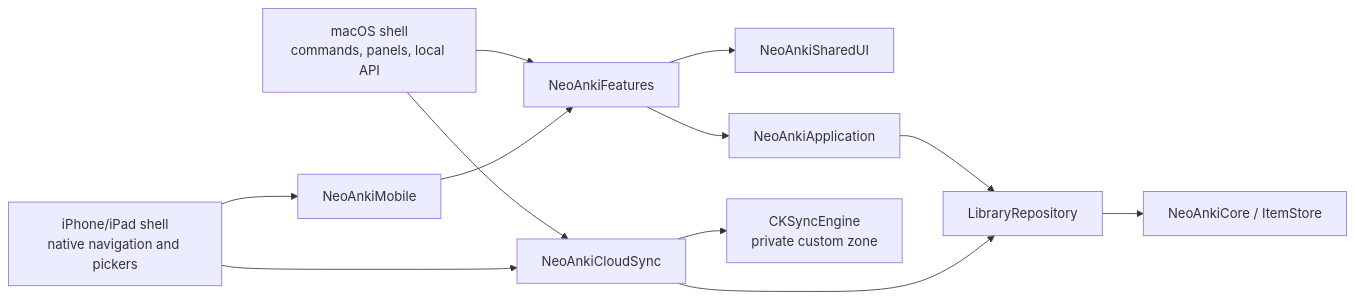
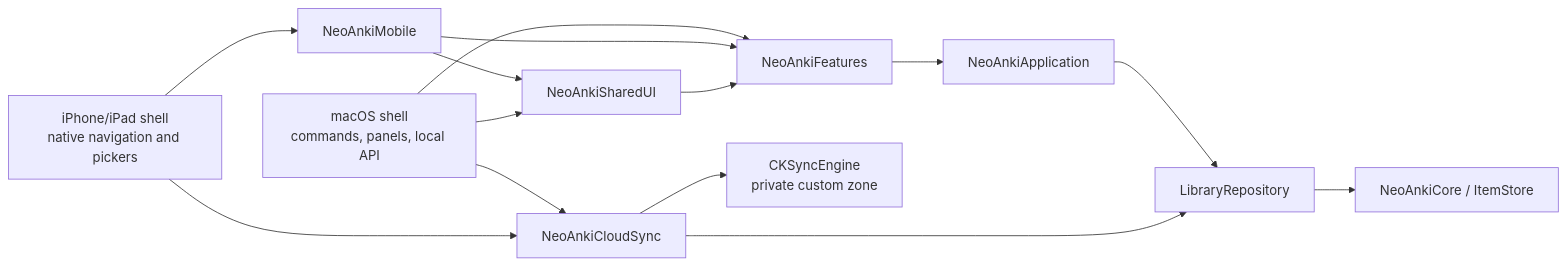
Before and after one commit to neoanki2/neoanki2: the first of 2 diagrams in docs/ARCHITECTURE.md, drawn with Mermaid. The commit also changed other lines of this file and 69 other files, not shown here.

````diff
--- a/docs/ARCHITECTURE.md
+++ b/docs/ARCHITECTURE.md
@@ -20,14 +20,16 @@
 ```mermaid
 flowchart LR
     Mac["macOS shell<br/>commands, panels, local API"] --> Features[NeoAnkiFeatures]
     iOS["iPhone/iPad shell<br/>native navigation and pickers"] --> Mobile[NeoAnkiMobile]
     Mobile --> Features
-    Features --> SharedUI[NeoAnkiSharedUI]
+    Mobile --> SharedUI[NeoAnkiSharedUI]
+    Mac --> SharedUI
+    SharedUI --> Features
     Features --> Application[NeoAnkiApplication]
     Application --> Repository[LibraryRepository]
     Repository --> Core[NeoAnkiCore / ItemStore]
     Mac --> CloudSync[NeoAnkiCloudSync]
     iOS --> CloudSync
     CloudSync --> Repository
     CloudSync --> CloudKit["CKSyncEngine<br/>private custom zone"]
 ```
````
